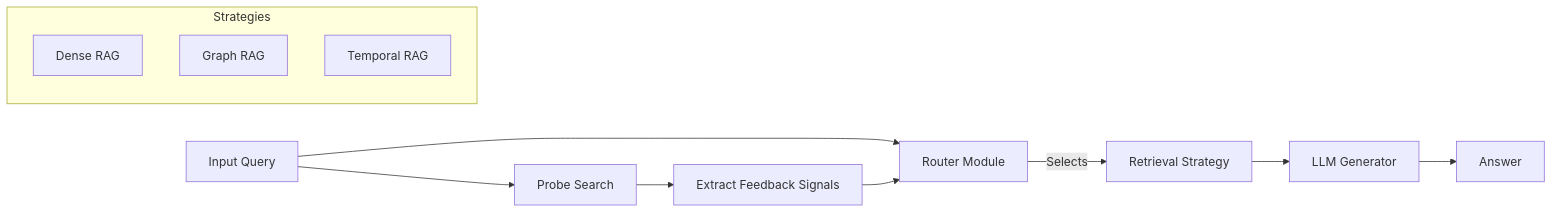
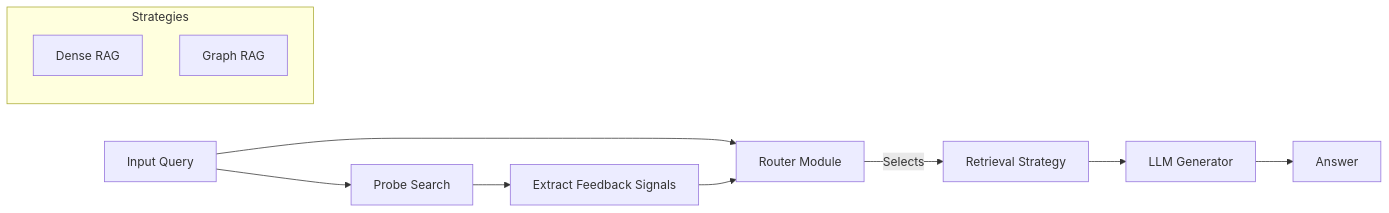
One commit to LiamDemb/RAQR changed the diagram in docs/Architecture.md. Above: the diagram before and after it, drawn with Mermaid. The commit also changed other lines of this file and 29 other files, not shown here.

````diff
--- a/docs/Architecture.md
+++ b/docs/Architecture.md
@@ -17,18 +17,17 @@
 ```mermaid
 graph LR
     User[Input Query] --> Probe[Probe Search]
     Probe --> Stats[Extract Feedback Signals]
     User --> Router[Router Module]
     Stats --> Router
 
     Router -->|Selects| Strategy[Retrieval Strategy]
 
     subgraph Strategies
     S1[Dense RAG]
     S2[Graph RAG]
-    S3[Temporal RAG]
     end
 
     Strategy --> Generator[LLM Generator]
     Generator --> Answer
 ```
````
